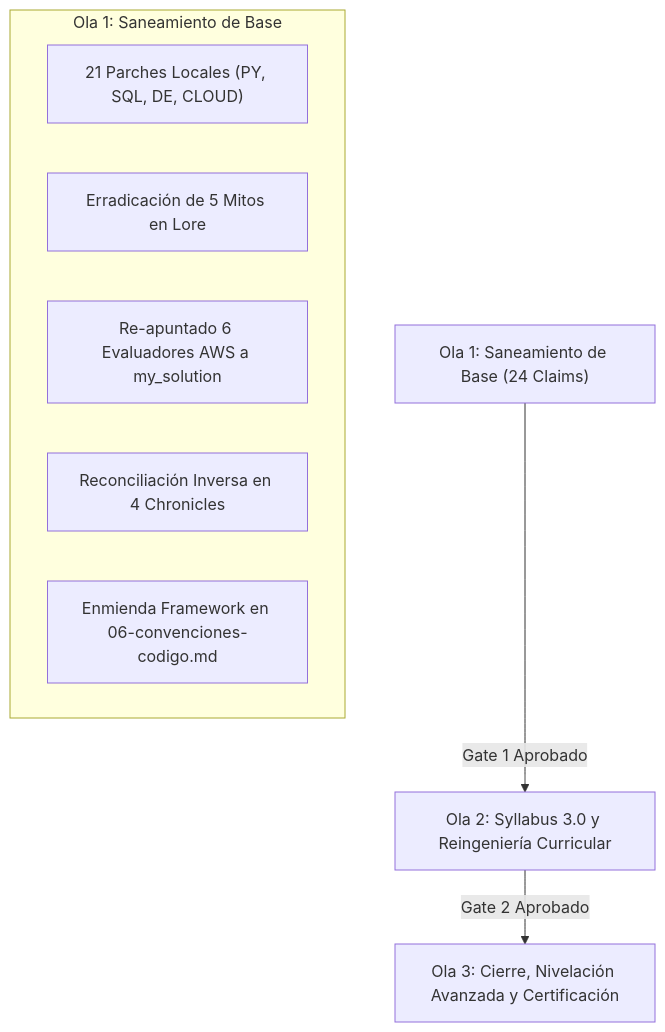
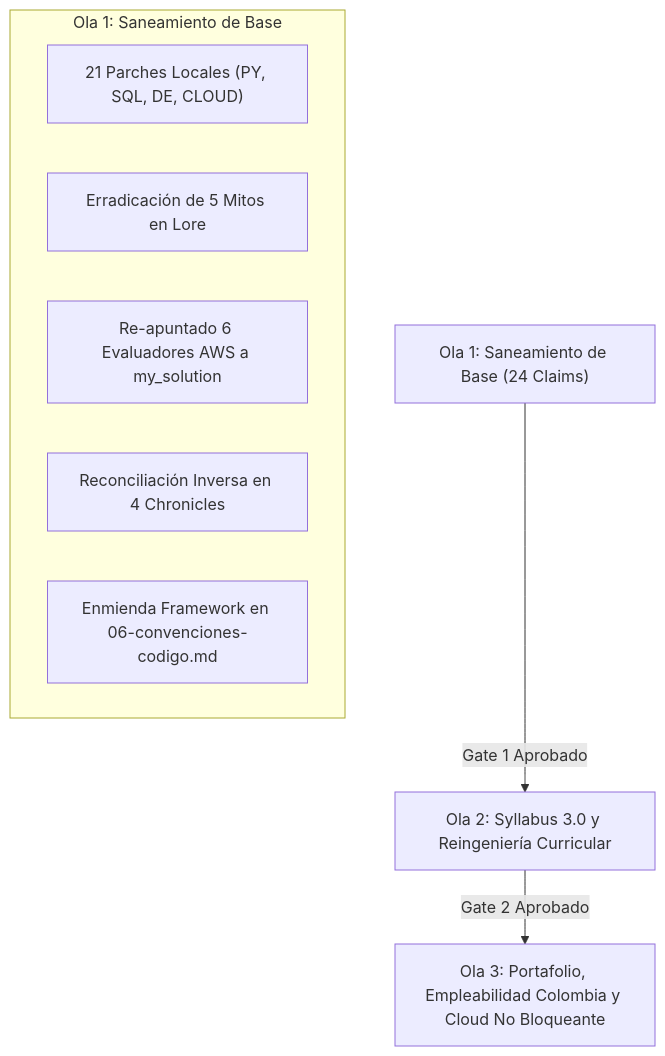
Before and after one commit to 01Ander/DoJo_Study: the diagram in meta/remediacion/roadmap.md, drawn with Mermaid. The commit also changed other lines of this file and 6 other files, not shown here.

````diff
--- a/meta/remediacion/roadmap.md
+++ b/meta/remediacion/roadmap.md
@@ -15,13 +16,13 @@
 ```mermaid
 graph TD
     A["Ola 1: Saneamiento de Base (24 Claims)"] -->|Gate 1 Aprobado| B["Ola 2: Syllabus 3.0 y Reingeniería Curricular"]
-    B -->|Gate 2 Aprobado| C["Ola 3: Cierre, Nivelación Avanzada y Certificación"]
+    B -->|Gate 2 Aprobado| C["Ola 3: Portafolio, Empleabilidad Colombia y Cloud No Bloqueante"]
     
     subgraph Ola 1 [Ola 1: Saneamiento de Base]
         A1["21 Parches Locales (PY, SQL, DE, CLOUD)"]
         A2["Erradicación de 5 Mitos en Lore"]
         A3["Re-apuntado 6 Evaluadores AWS a my_solution"]
         A4["Reconciliación Inversa en 4 Chronicles"]
         A5["Enmienda Framework en 06-convenciones-codigo.md"]
     end
 ```
````
